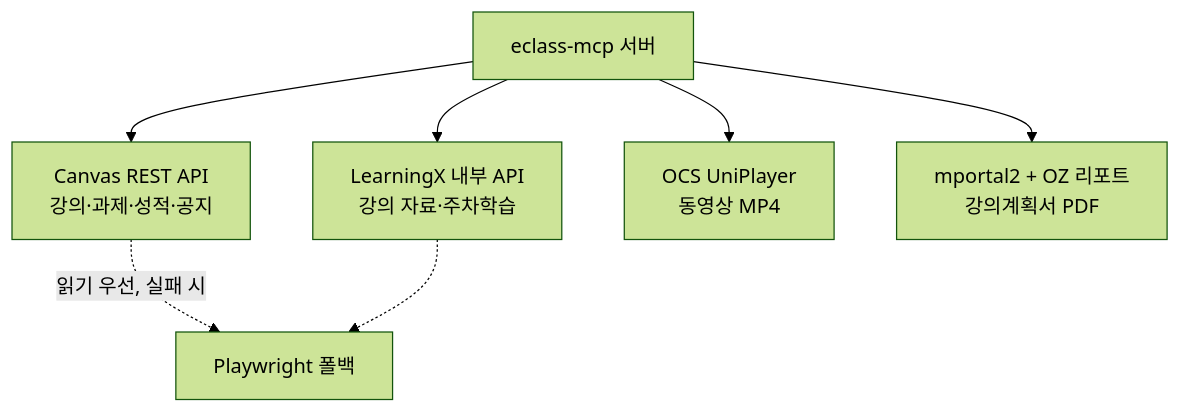
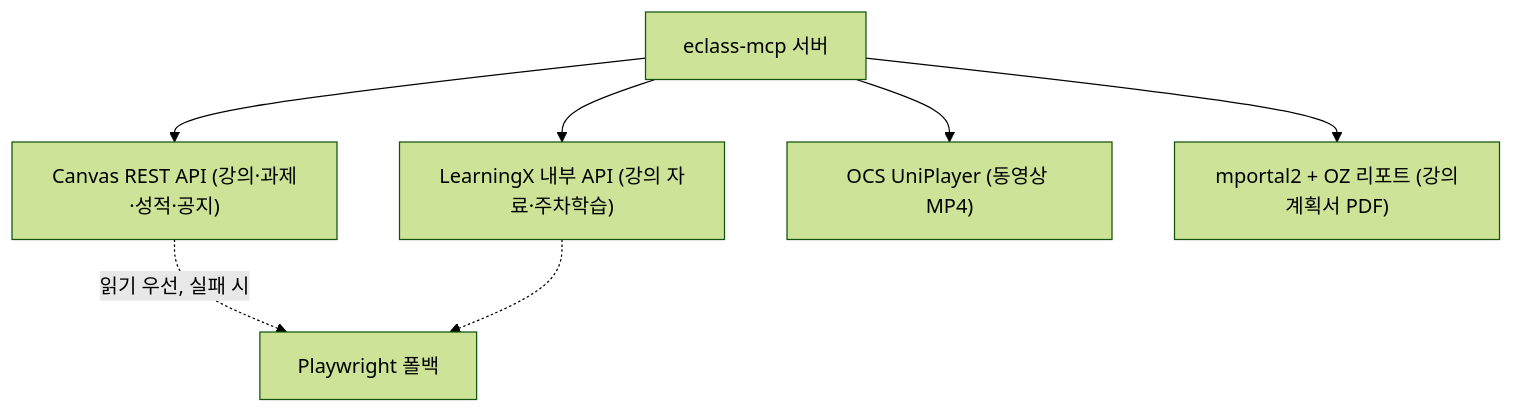
Before and after one commit to jseook11/eclass-mcp: the second of 2 diagrams in README.md, drawn with Mermaid (forest theme). The commit also changed other lines of this file, not shown here.

Commit message:
docs: fix Mermaid rendering on GitHub (quote labels, drop special chars)

````diff
--- a/README.md
+++ b/README.md
@@ -100,9 +100,9 @@
 ```mermaid
 flowchart TD
-    S[eclass-mcp 서버] --> C[Canvas REST API<br/>강의·과제·성적·공지]
-    S --> L[LearningX 내부 API<br/>강의 자료·주차학습]
-    S --> O[OCS UniPlayer<br/>동영상 MP4]
-    S --> M[mportal2 + OZ 리포트<br/>강의계획서 PDF]
-    C -.->|읽기 우선, 실패 시| P[Playwright 폴백]
+    S["eclass-mcp 서버"] --> C["Canvas REST API (강의·과제·성적·공지)"]
+    S --> L["LearningX 내부 API (강의 자료·주차학습)"]
+    S --> O["OCS UniPlayer (동영상 MP4)"]
+    S --> M["mportal2 + OZ 리포트 (강의계획서 PDF)"]
+    C -.->|"읽기 우선, 실패 시"| P["Playwright 폴백"]
     L -.-> P
 ```
````
